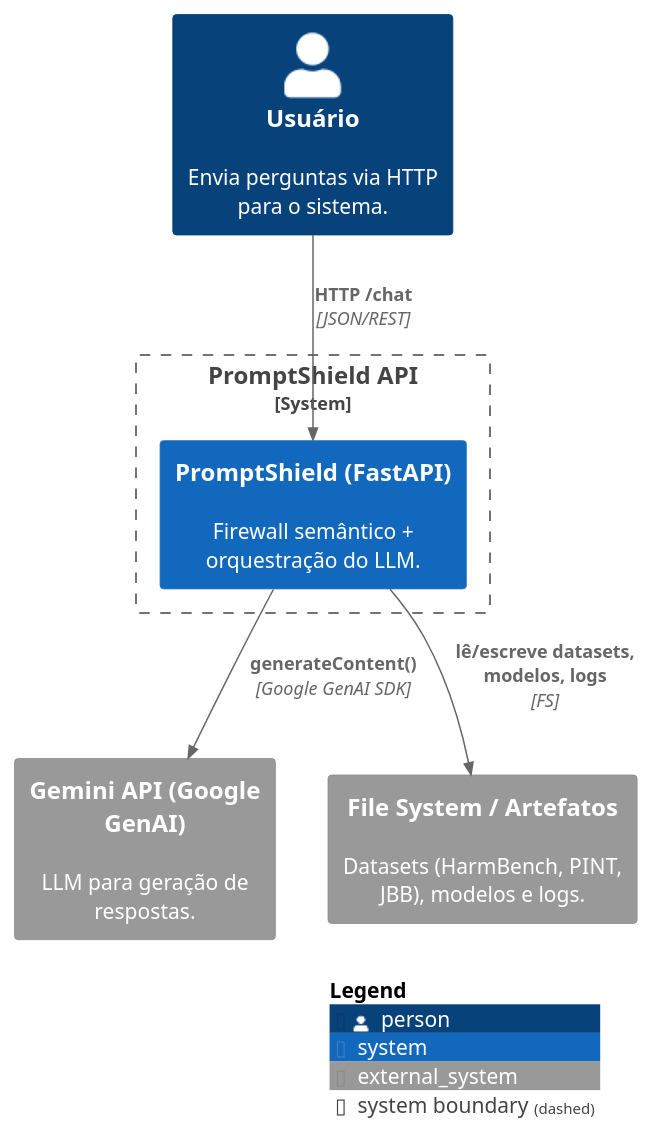
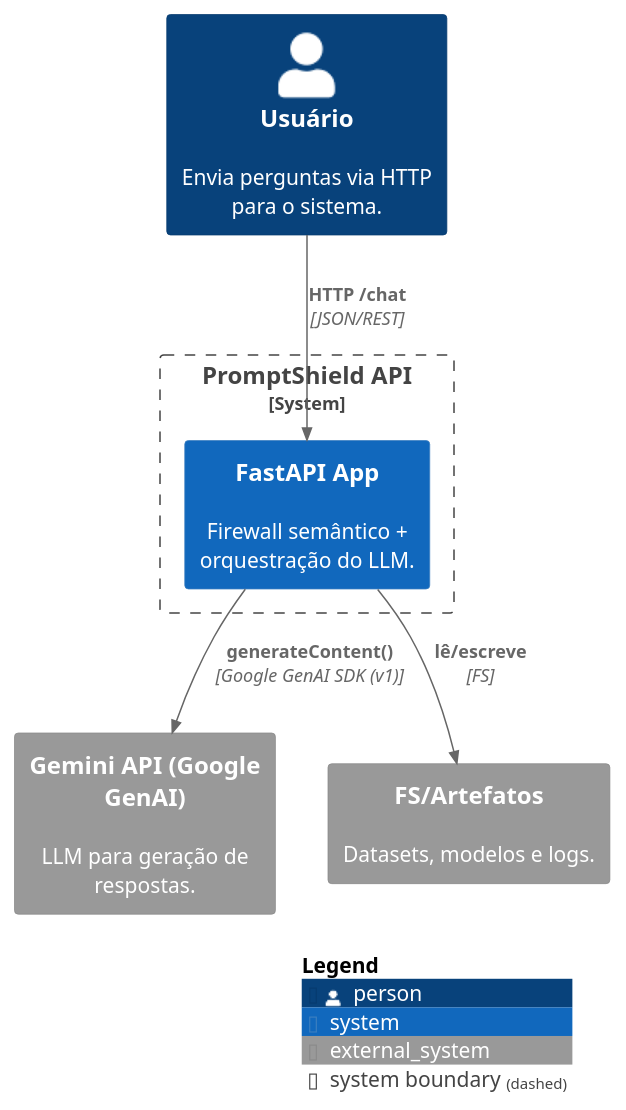
Before and after one commit to marcustenorio/promptshield: the diagram in c4model/c4-context.puml, drawn with PlantUML. The commit also changed 10 other files, not shown here.

```diff
--- a/c4model/c4-context.puml
+++ b/c4model/c4-context.puml
@@ -1,18 +1,17 @@
 @startuml
-' ---- C4-PlantUML ----
-!include https://raw.githubusercontent.com/plantuml-stdlib/C4-PlantUML/master/C4_Context.puml
+!include ./vendor/C4_Context.puml
 LAYOUT_WITH_LEGEND()
 
 Person(user, "Usuário", "Envia perguntas via HTTP para o sistema.")
 System_Boundary(ps, "PromptShield API") {
-  System(ps_api, "PromptShield (FastAPI)", "Firewall semântico + orquestração do LLM.")
+  System(ps_api, "FastAPI App", "Firewall semântico + orquestração do LLM.")
 }
 System_Ext(gemini, "Gemini API (Google GenAI)", "LLM para geração de respostas.")
-System_Ext(storage, "File System / Artefatos", "Datasets (HarmBench, PINT, JBB), modelos e logs.")
+System_Ext(storage, "FS/Artefatos", "Datasets, modelos e logs.")
 
 Rel(user, ps_api, "HTTP /chat", "JSON/REST")
-Rel(ps_api, gemini, "generateContent()", "Google GenAI SDK")
-Rel(ps_api, storage, "lê/escreve datasets, modelos, logs", "FS")
+Rel(ps_api, gemini, "generateContent()", "Google GenAI SDK (v1)")
+Rel(ps_api, storage, "lê/escreve", "FS")
 
 SHOW_LEGEND()
 @enduml
```
